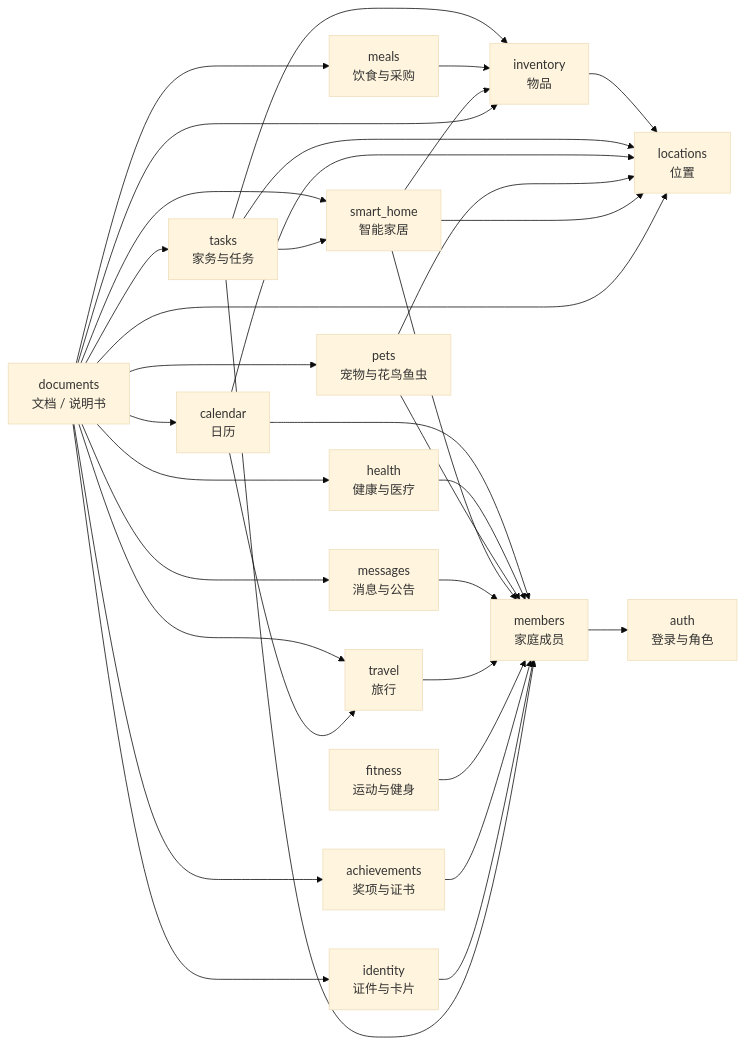
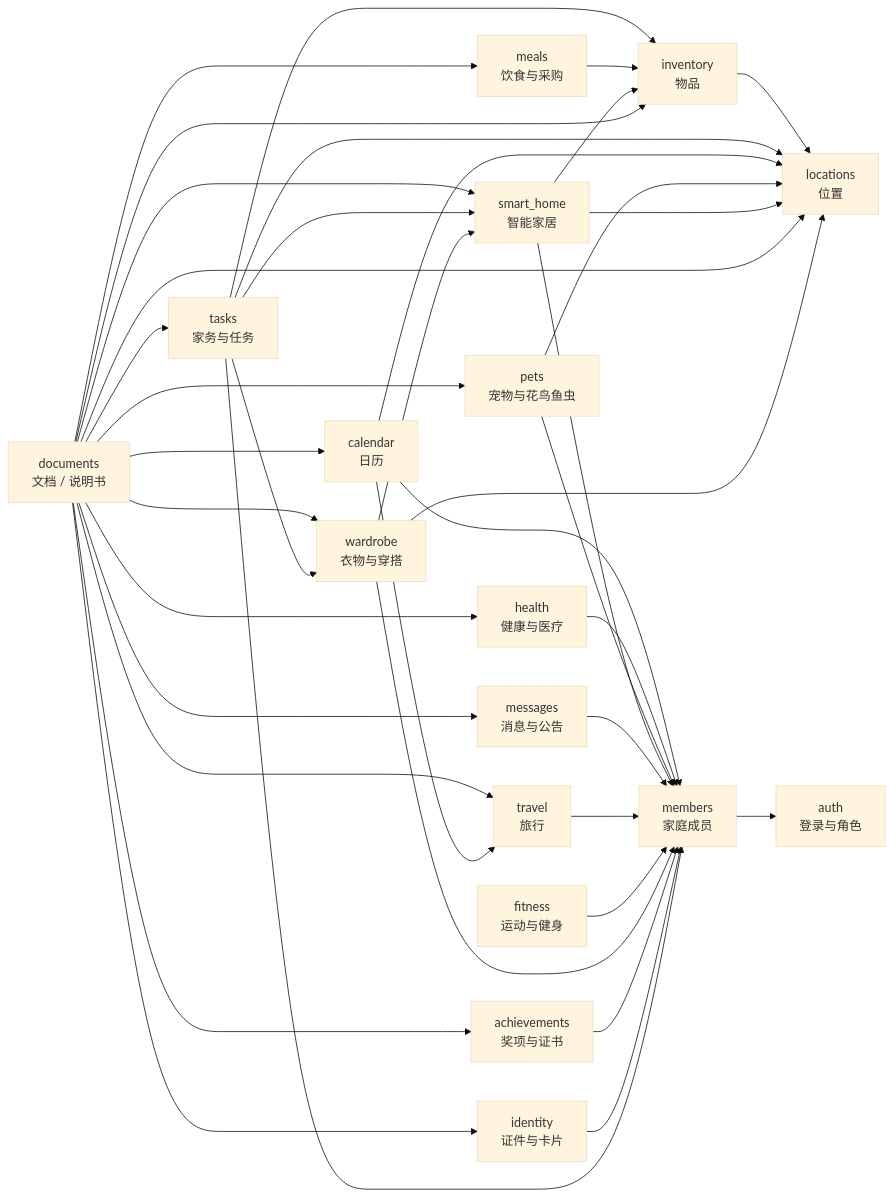
One commit to Geno1024-AIGC/home-erp-modern changed the diagram in docs/08-domain.md. Above: the diagram before and after it, drawn with Mermaid (base theme). The commit also changed other lines of this file and 9 other files, not shown here.

````diff
--- a/docs/08-domain.md
+++ b/docs/08-domain.md
@@ -35,46 +36,52 @@
 ```mermaid
 flowchart LR
     Members["members<br/>家庭成员"] --> Auth["auth<br/>登录与角色"]
     Inventory["inventory<br/>物品"] --> Locations["locations<br/>位置"]
     Tasks["tasks<br/>家务与任务"] --> Locations
     Tasks --> Inventory
     Calendar["calendar<br/>日历"]
     Calendar --> Members
     Calendar --> Locations
     Meals["meals<br/>饮食与采购"] --> Inventory
     Health["health<br/>健康与医疗"]
     Health --> Members
     Pets["pets<br/>宠物与花鸟鱼虫"]
     Pets --> Members
     Pets --> Locations
     Documents["documents<br/>文档 / 说明书"]
     SmartHome["smart_home<br/>智能家居"]
     SmartHome --> Locations
     SmartHome --> Members
     SmartHome --> Inventory
     Documents --> SmartHome
     Tasks --> SmartHome
     Documents --> Inventory
     Documents --> Calendar
     Documents --> Meals
     Documents --> Health
     Documents --> Pets
     Documents --> Locations
     Documents --> Tasks
     Messages["messages<br/>消息与公告"]
     Messages --> Members
     Documents --> Messages
     Travel["travel<br/>旅行"]
     Travel --> Members
     Documents --> Travel
     Calendar --> Travel
     Fitness["fitness<br/>运动与健身"]
     Fitness --> Members
+    Wardrobe["wardrobe<br/>衣物与穿搭"]
+    Wardrobe --> Members
+    Wardrobe --> Locations
+    Documents --> Wardrobe
+    Wardrobe --> SmartHome
+    Tasks --> Wardrobe
     Achievements["achievements<br/>奖项与证书"]
     Documents --> Achievements
     Achievements --> Members
     Identity["identity<br/>证件与卡片"]
     Documents --> Identity
     Identity --> Members
     Tasks --> Members
 ```
````
